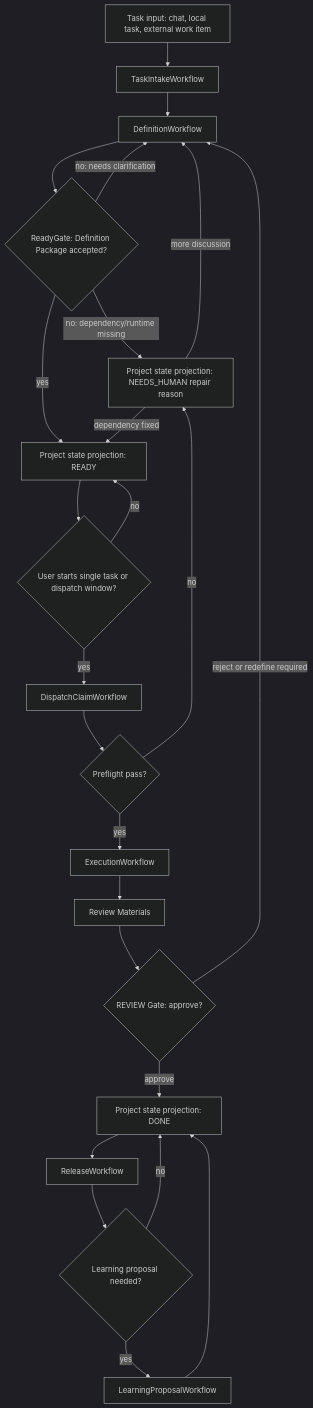
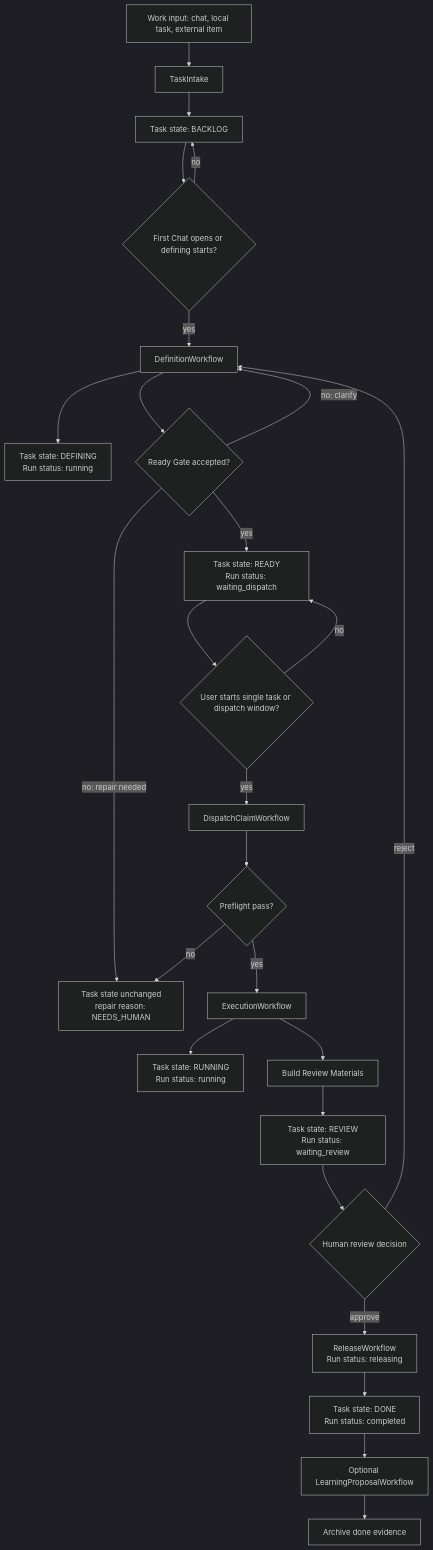
One commit to samzhu/grimoAPP changed the second of 10 diagrams in docs/grimo/references/grimo-agent-workflow-definition.md. Above: the diagram before and after it, drawn with Mermaid (dark theme). The commit also changed other lines of this file and 29 other files, not shown here.

Commit message:
docs: align task workflow model

````diff
--- a/docs/grimo/references/grimo-agent-workflow-definition.md
+++ b/docs/grimo/references/grimo-agent-workflow-definition.md
@@ -94,31 +121,33 @@
 ```mermaid
 flowchart TD
-  Start["Task input: chat, local task, external work item"] --> Intake["TaskIntakeWorkflow"]
-  Intake --> Definition["DefinitionWorkflow"]
-  Definition --> ReadyGate{"ReadyGate: Definition Package accepted?"}
+  Input["Work input: chat, local task, external item"] --> Intake["TaskIntake"]
+  Intake --> Backlog["Task state: BACKLOG"]
 
-  ReadyGate -- "no: needs clarification" --> Definition
-  ReadyGate -- "no: dependency/runtime missing" --> NeedsHuman["Project state projection: NEEDS_HUMAN repair reason"]
-  ReadyGate -- "yes" --> Ready["Project state projection: READY"]
+  Backlog --> FirstChat{"First Chat opens or defining starts?"}
+  FirstChat -- "no" --> Backlog
+  FirstChat -- "yes" --> Definition["DefinitionWorkflow"]
+  Definition --> Defining["Task state: DEFINING<br/>Run status: running"]
+
+  Definition --> ReadyGate{"Ready Gate accepted?"}
+  ReadyGate -- "no: clarify" --> Definition
+  ReadyGate -- "no: repair needed" --> NeedsHuman["Task state unchanged<br/>repair reason: NEEDS_HUMAN"]
+  ReadyGate -- "yes" --> Ready["Task state: READY<br/>Run status: waiting_dispatch"]
 
   Ready --> DispatchStart{"User starts single task or dispatch window?"}
   DispatchStart -- "no" --> Ready
   DispatchStart -- "yes" --> Dispatch["DispatchClaimWorkflow"]
   Dispatch --> PreflightGate{"Preflight pass?"}
   PreflightGate -- "no" --> NeedsHuman
   PreflightGate -- "yes" --> Execution["ExecutionWorkflow"]
 
-  Execution --> ReviewPackage["Review Materials"]
-  ReviewPackage --> ReviewGate{"REVIEW Gate: approve?"}
-  ReviewGate -- "reject or redefine required" --> Definition
-  ReviewGate -- "approve" --> Done["Project state projection: DONE"]
-  Done --> Release["ReleaseWorkflow"]
+  Execution --> Running["Task state: RUNNING<br/>Run status: running"]
+  Execution --> ReviewMaterials["Build Review Materials"]
+  ReviewMaterials --> WaitingReview["Task state: REVIEW<br/>Run status: waiting_review"]
 
-  Release --> Learning{"Learning proposal needed?"}
-  Learning -- "yes" --> Proposal["LearningProposalWorkflow"]
-  Learning -- "no" --> Done
-  Proposal --> Done
-
-  NeedsHuman -- "more discussion" --> Definition
-  NeedsHuman -- "dependency fixed" --> Ready
+  WaitingReview --> HumanGate{"Human review decision"}
+  HumanGate -- "reject" --> Definition
+  HumanGate -- "approve" --> Release["ReleaseWorkflow<br/>Run status: releasing"]
+  Release --> Done["Task state: DONE<br/>Run status: completed"]
+  Done --> Learning["Optional LearningProposalWorkflow"]
+  Learning --> Archive["Archive done evidence"]
 ```
````
